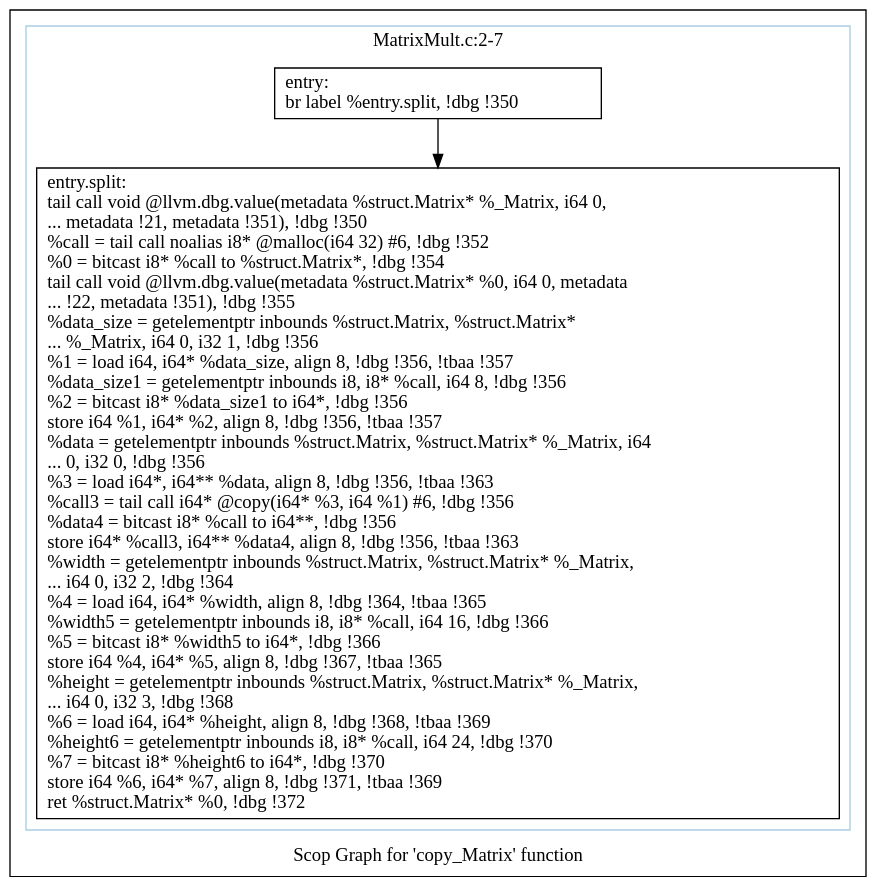
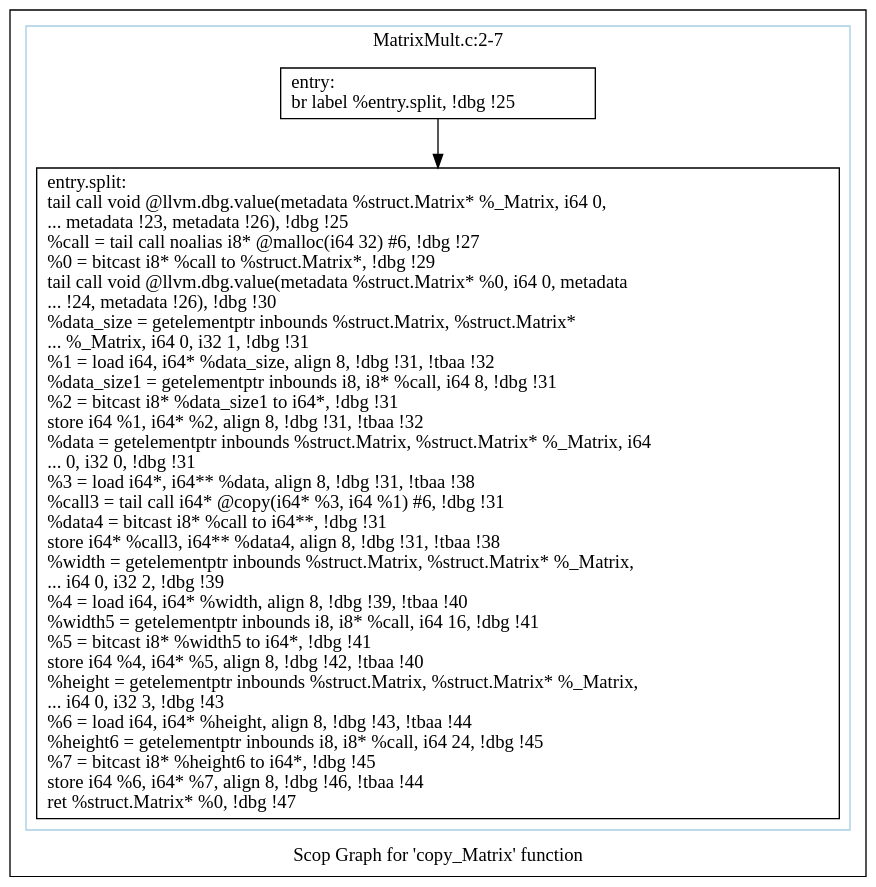
One commit to samminweng/WhileyOpenCL changed the diagram in polly/MatrixMult/impl/autogenerate2/dot/scops.copy_Matrix.dot. Above: the diagram before and after it, drawn with Graphviz. The commit also changed 152 other files, not shown here.

```diff
--- a/polly/MatrixMult/impl/autogenerate2/dot/scops.copy_Matrix.dot
+++ b/polly/MatrixMult/impl/autogenerate2/dot/scops.copy_Matrix.dot
@@ -1,16 +1,16 @@
 digraph "Scop Graph for 'copy_Matrix' function" {
 	label="Scop Graph for 'copy_Matrix' function";
 
-	Node0xa7d9600 [shape=record,label="{entry:\l  br label %entry.split, !dbg !350\l}"];
-	Node0xa7d9600 -> Node0xa6a8090;
-	Node0xa6a8090 [shape=record,label="{entry.split:                                      \l  tail call void @llvm.dbg.value(metadata %struct.Matrix* %_Matrix, i64 0,\l... metadata !21, metadata !351), !dbg !350\l  %call = tail call noalias i8* @malloc(i64 32) #6, !dbg !352\l  %0 = bitcast i8* %call to %struct.Matrix*, !dbg !354\l  tail call void @llvm.dbg.value(metadata %struct.Matrix* %0, i64 0, metadata\l... !22, metadata !351), !dbg !355\l  %data_size = getelementptr inbounds %struct.Matrix, %struct.Matrix*\l... %_Matrix, i64 0, i32 1, !dbg !356\l  %1 = load i64, i64* %data_size, align 8, !dbg !356, !tbaa !357\l  %data_size1 = getelementptr inbounds i8, i8* %call, i64 8, !dbg !356\l  %2 = bitcast i8* %data_size1 to i64*, !dbg !356\l  store i64 %1, i64* %2, align 8, !dbg !356, !tbaa !357\l  %data = getelementptr inbounds %struct.Matrix, %struct.Matrix* %_Matrix, i64\l... 0, i32 0, !dbg !356\l  %3 = load i64*, i64** %data, align 8, !dbg !356, !tbaa !363\l  %call3 = tail call i64* @copy(i64* %3, i64 %1) #6, !dbg !356\l  %data4 = bitcast i8* %call to i64**, !dbg !356\l  store i64* %call3, i64** %data4, align 8, !dbg !356, !tbaa !363\l  %width = getelementptr inbounds %struct.Matrix, %struct.Matrix* %_Matrix,\l... i64 0, i32 2, !dbg !364\l  %4 = load i64, i64* %width, align 8, !dbg !364, !tbaa !365\l  %width5 = getelementptr inbounds i8, i8* %call, i64 16, !dbg !366\l  %5 = bitcast i8* %width5 to i64*, !dbg !366\l  store i64 %4, i64* %5, align 8, !dbg !367, !tbaa !365\l  %height = getelementptr inbounds %struct.Matrix, %struct.Matrix* %_Matrix,\l... i64 0, i32 3, !dbg !368\l  %6 = load i64, i64* %height, align 8, !dbg !368, !tbaa !369\l  %height6 = getelementptr inbounds i8, i8* %call, i64 24, !dbg !370\l  %7 = bitcast i8* %height6 to i64*, !dbg !370\l  store i64 %6, i64* %7, align 8, !dbg !371, !tbaa !369\l  ret %struct.Matrix* %0, !dbg !372\l}"];
+	Node0xa572190 [shape=record,label="{entry:\l  br label %entry.split, !dbg !25\l}"];
+	Node0xa572190 -> Node0xa5867c0;
+	Node0xa5867c0 [shape=record,label="{entry.split:                                      \l  tail call void @llvm.dbg.value(metadata %struct.Matrix* %_Matrix, i64 0,\l... metadata !23, metadata !26), !dbg !25\l  %call = tail call noalias i8* @malloc(i64 32) #6, !dbg !27\l  %0 = bitcast i8* %call to %struct.Matrix*, !dbg !29\l  tail call void @llvm.dbg.value(metadata %struct.Matrix* %0, i64 0, metadata\l... !24, metadata !26), !dbg !30\l  %data_size = getelementptr inbounds %struct.Matrix, %struct.Matrix*\l... %_Matrix, i64 0, i32 1, !dbg !31\l  %1 = load i64, i64* %data_size, align 8, !dbg !31, !tbaa !32\l  %data_size1 = getelementptr inbounds i8, i8* %call, i64 8, !dbg !31\l  %2 = bitcast i8* %data_size1 to i64*, !dbg !31\l  store i64 %1, i64* %2, align 8, !dbg !31, !tbaa !32\l  %data = getelementptr inbounds %struct.Matrix, %struct.Matrix* %_Matrix, i64\l... 0, i32 0, !dbg !31\l  %3 = load i64*, i64** %data, align 8, !dbg !31, !tbaa !38\l  %call3 = tail call i64* @copy(i64* %3, i64 %1) #6, !dbg !31\l  %data4 = bitcast i8* %call to i64**, !dbg !31\l  store i64* %call3, i64** %data4, align 8, !dbg !31, !tbaa !38\l  %width = getelementptr inbounds %struct.Matrix, %struct.Matrix* %_Matrix,\l... i64 0, i32 2, !dbg !39\l  %4 = load i64, i64* %width, align 8, !dbg !39, !tbaa !40\l  %width5 = getelementptr inbounds i8, i8* %call, i64 16, !dbg !41\l  %5 = bitcast i8* %width5 to i64*, !dbg !41\l  store i64 %4, i64* %5, align 8, !dbg !42, !tbaa !40\l  %height = getelementptr inbounds %struct.Matrix, %struct.Matrix* %_Matrix,\l... i64 0, i32 3, !dbg !43\l  %6 = load i64, i64* %height, align 8, !dbg !43, !tbaa !44\l  %height6 = getelementptr inbounds i8, i8* %call, i64 24, !dbg !45\l  %7 = bitcast i8* %height6 to i64*, !dbg !45\l  store i64 %6, i64* %7, align 8, !dbg !46, !tbaa !44\l  ret %struct.Matrix* %0, !dbg !47\l}"];
 	colorscheme = "paired12"
-        subgraph cluster_0xa69f4f0 {
+        subgraph cluster_0xa56a630 {
           label = "MatrixMult.c:2-7
 ";
           style = solid;
           color = 1
-          Node0xa7d9600;
-          Node0xa6a8090;
+          Node0xa572190;
+          Node0xa5867c0;
         }
 }
```
